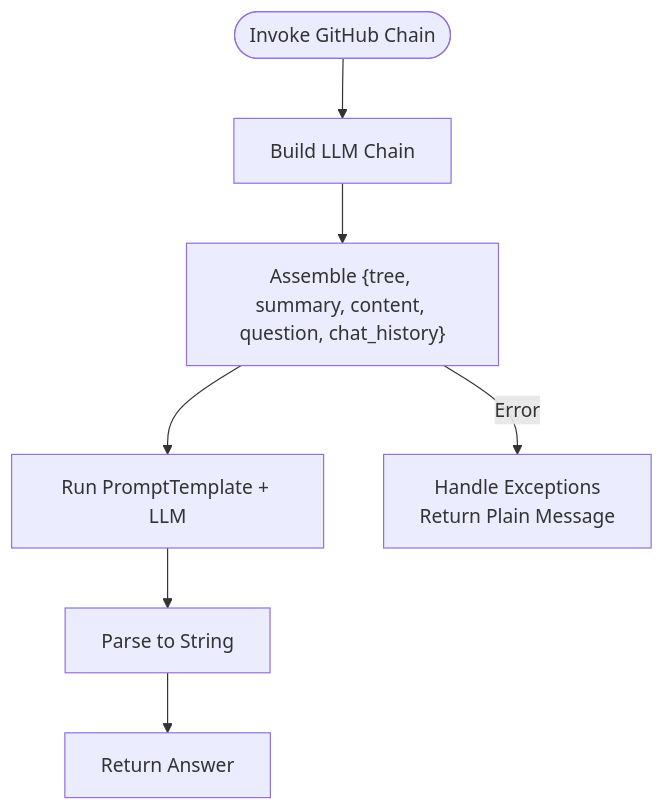
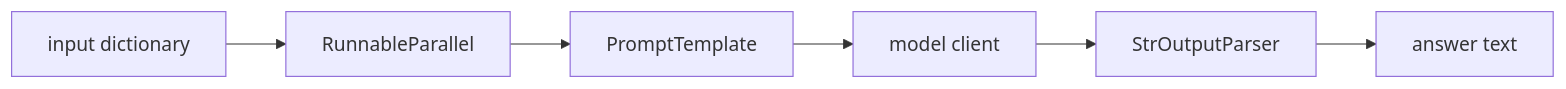
One commit to tashifkhan/tashif.codes changed the second of 6 diagrams in src/data/docs/agentic-browser/Prompts and Prompt Engineering/Service-Specific Prompts.md. Above: the diagram before and after it, drawn with Mermaid. The commit also changed other lines of this file and 114 other files, not shown here.

````diff
--- a/src/data/docs/agentic-browser/Prompts and Prompt Engineering/Service-Specific Prompts.md
+++ b/src/data/docs/agentic-browser/Prompts and Prompt Engineering/Service-Specific Prompts.md
@@ -82,9 +54,8 @@
 ```mermaid
-flowchart TD
-Start(["Invoke GitHub Chain"]) --> Build["Build LLM Chain"]
-Build --> Inputs["Assemble {tree, summary, content, question, chat_history}"]
-Inputs --> Run["Run PromptTemplate + LLM"]
-Run --> Parse["Parse to String"]
-Parse --> Return["Return Answer"]
-Inputs --> |Error| Handle["Handle Exceptions<br/>Return Plain Message"]
+graph LR
+  IN["input dictionary"] --> PAR["RunnableParallel"]
+  PAR --> T["PromptTemplate"]
+  T --> C["model client"]
+  C --> P["StrOutputParser"]
+  P --> OUT["answer text"]
 ```
````
